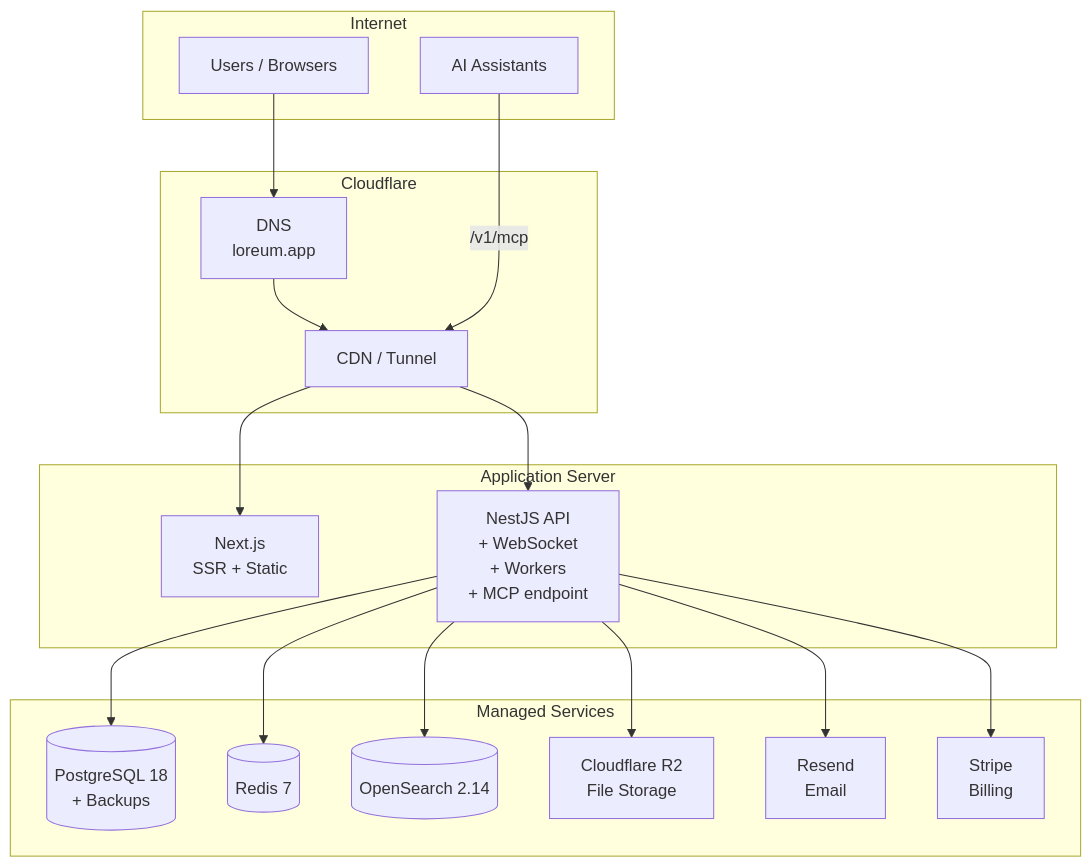
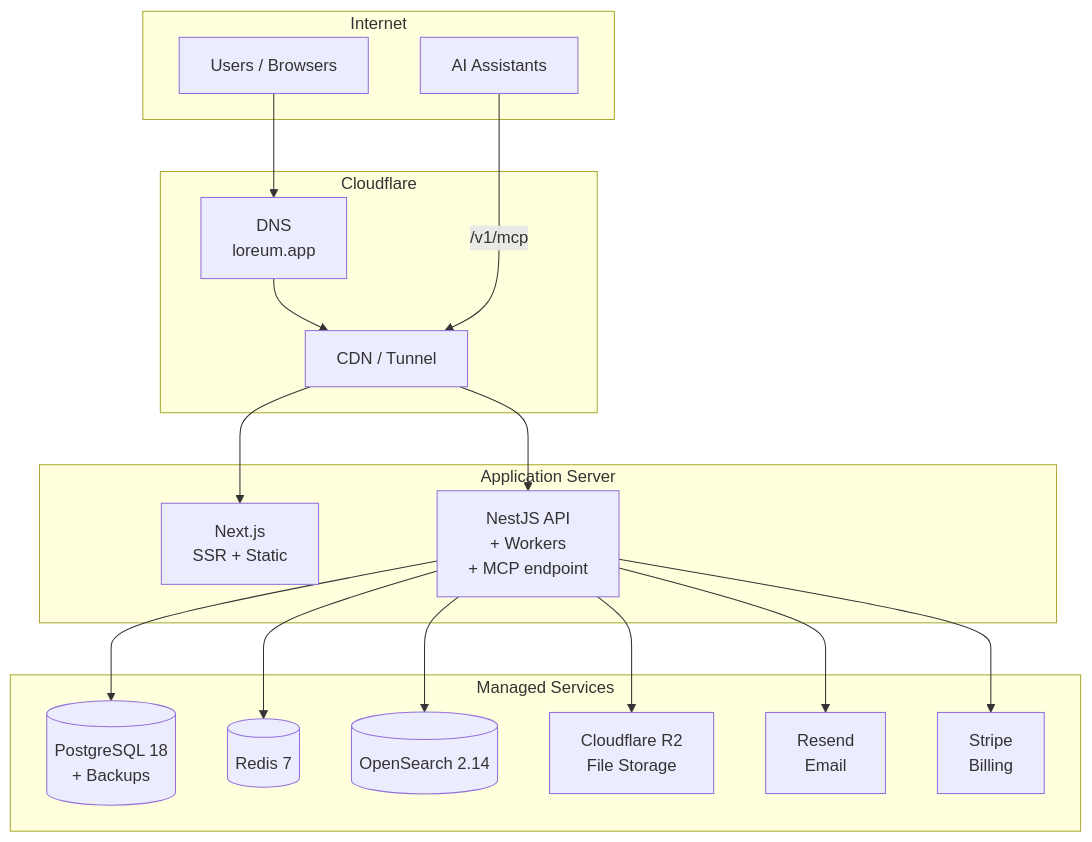
The seventh of 7 diagrams in docs/SYSTEM_ARCHITECTURE.md (loreum-app/loreum), drawn with Mermaid before and after one commit. The commit also changed other lines of this file and 4 other files, not shown here.

First line of the commit message:
docs: no WebSocket gateway exists; SSE for one-way events, WebSockets for collab

````diff
--- a/docs/SYSTEM_ARCHITECTURE.md
+++ b/docs/SYSTEM_ARCHITECTURE.md
@@ -223,38 +225,38 @@
 ```mermaid
 graph TB
     subgraph Internet
         USER["Users / Browsers"]
         AI_CLIENT["AI Assistants"]
     end
 
     subgraph Cloudflare
         DNS["DNS<br/>loreum.app"]
         CDN["CDN / Tunnel"]
     end
 
     subgraph "Application Server"
         NEXT["Next.js<br/>SSR + Static"]
-        NEST["NestJS API<br/>+ WebSocket<br/>+ Workers<br/>+ MCP endpoint"]
+        NEST["NestJS API<br/>+ Workers<br/>+ MCP endpoint"]
     end
 
     subgraph "Managed Services"
         PG[(PostgreSQL 18<br/>+ Backups)]
         REDIS[(Redis 7)]
         OS[(OpenSearch 2.14)]
         R2["Cloudflare R2<br/>File Storage"]
         RESEND_SVC["Resend<br/>Email"]
         STRIPE_SVC["Stripe<br/>Billing"]
     end
 
     USER --> DNS --> CDN
     CDN --> NEXT
     CDN --> NEST
     AI_CLIENT -- "/v1/mcp" --> CDN
 
     NEST --> PG
     NEST --> REDIS
     NEST --> OS
     NEST --> R2
     NEST --> RESEND_SVC
     NEST --> STRIPE_SVC
 ```
````
